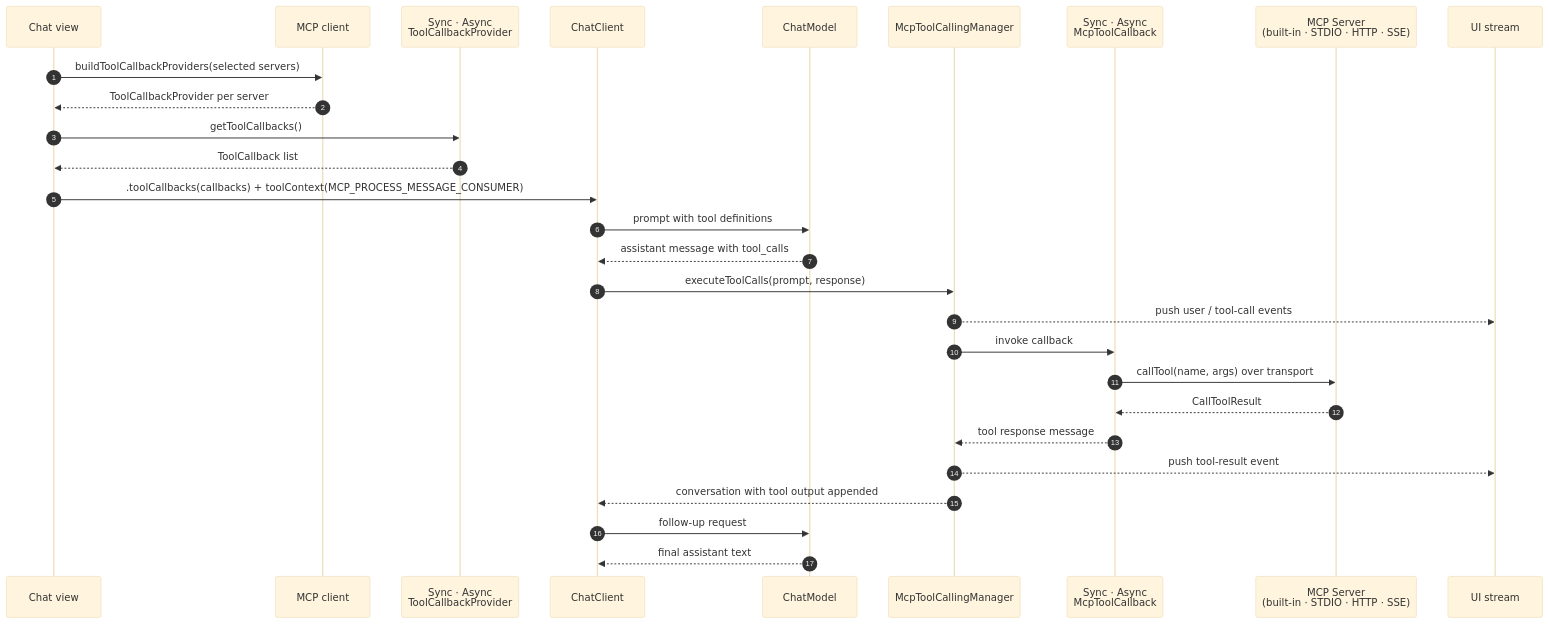
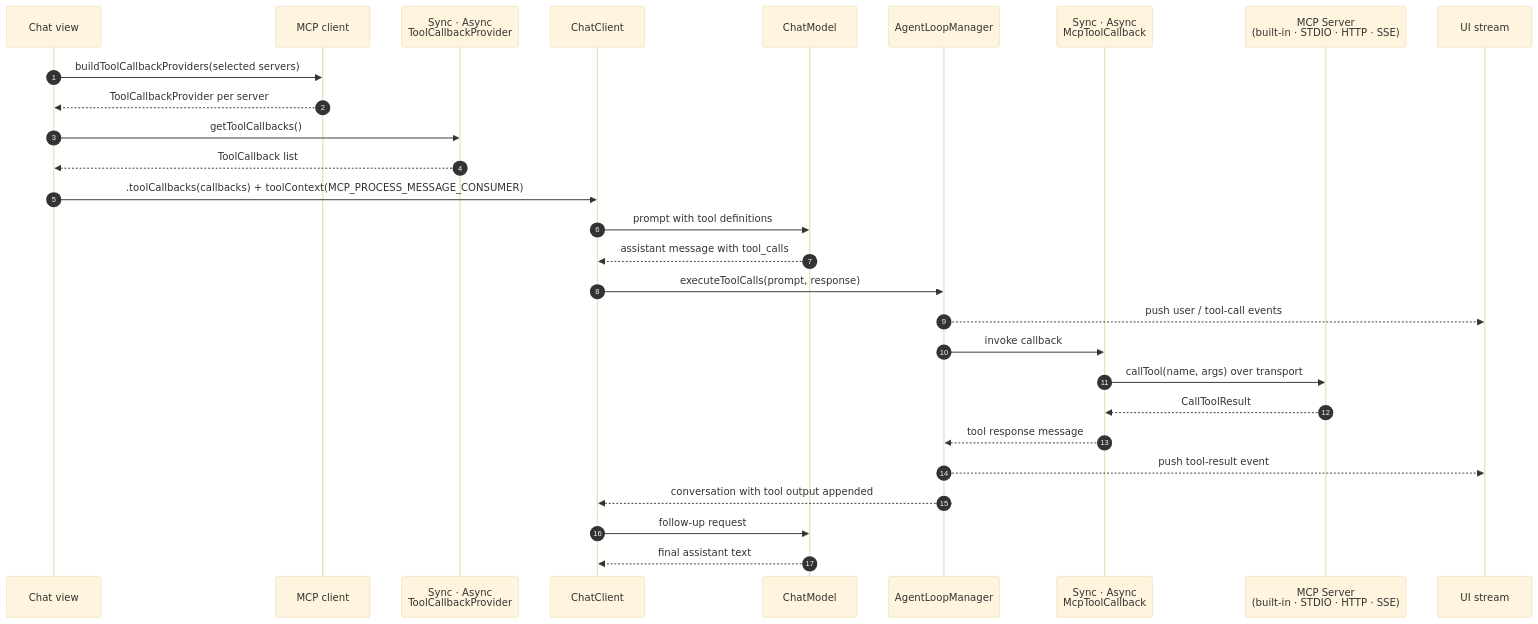
One commit to JM-Lab/spring-ai-playground changed the eighth of 9 diagrams in docs/architecture.md. Above: the diagram before and after it, drawn with Mermaid (base theme). The commit also changed other lines of this file and 248 other files, not shown here.

````diff
--- a/docs/architecture.md
+++ b/docs/architecture.md
@@ -296,31 +298,31 @@
 ```mermaid
 sequenceDiagram
     autonumber
     participant CCV as Chat view
     participant MCS as MCP client
     participant PROV as Sync · Async<br/>ToolCallbackProvider
     participant CCL as ChatClient
     participant MODEL as ChatModel
-    participant TCM as McpToolCallingManager
+    participant TCM as AgentLoopManager
     participant CB as Sync · Async<br/>McpToolCallback
     participant MCP as MCP Server<br/>(built-in · STDIO · HTTP · SSE)
     participant UI as UI stream
 
     CCV->>MCS: buildToolCallbackProviders(selected servers)
     MCS-->>CCV: ToolCallbackProvider per server
     CCV->>PROV: getToolCallbacks()
     PROV-->>CCV: ToolCallback list
     CCV->>CCL: .toolCallbacks(callbacks) + toolContext(MCP_PROCESS_MESSAGE_CONSUMER)
     CCL->>MODEL: prompt with tool definitions
     MODEL-->>CCL: assistant message with tool_calls
     CCL->>TCM: executeToolCalls(prompt, response)
     TCM-->>UI: push user / tool-call events
     TCM->>CB: invoke callback
     CB->>MCP: callTool(name, args) over transport
     MCP-->>CB: CallToolResult
     CB-->>TCM: tool response message
     TCM-->>UI: push tool-result event
     TCM-->>CCL: conversation with tool output appended
     CCL->>MODEL: follow-up request
     MODEL-->>CCL: final assistant text
 ```
````
